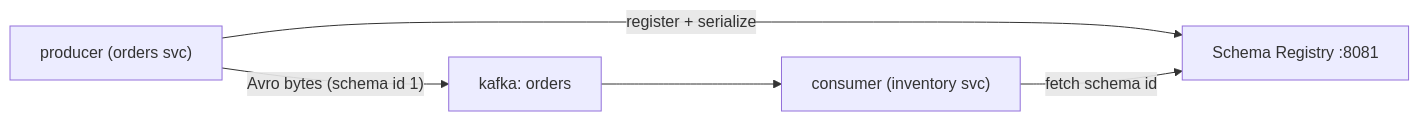
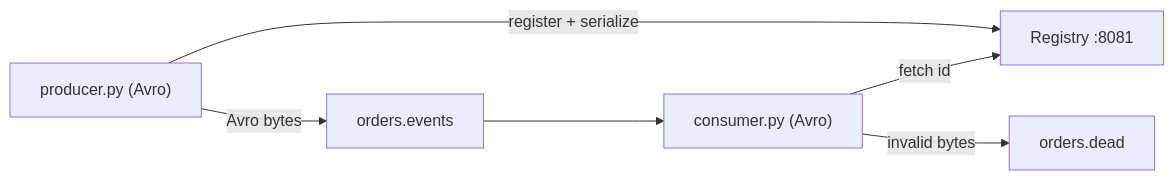
The diagram in docs/03-projects/p09-schema-registry.md (dineshpabbi10/system-design-handson), drawn with Mermaid before and after one commit. The commit also changed other lines of this file and 14 other files, not shown here.

````diff
--- a/docs/03-projects/p09-schema-registry.md
+++ b/docs/03-projects/p09-schema-registry.md
@@ -13,7 +12,8 @@
 ```mermaid
 flowchart LR
-    P["producer (orders svc)"] -->|"register + serialize"| R["Schema Registry :8081"]
-    P -->|"Avro bytes (schema id 1)"| K["kafka: orders"]
-    C["consumer (inventory svc)"] -->|"fetch schema id"| R
+    P["producer.py (Avro)"] -->|"register + serialize"| R["Registry :8081"]
+    P -->|"Avro bytes"| K["orders.events"]
+    C["consumer.py (Avro)"] -->|"fetch id"| R
     K --> C
+    C -->|"invalid bytes"| D["orders.dead"]
 ```
````
